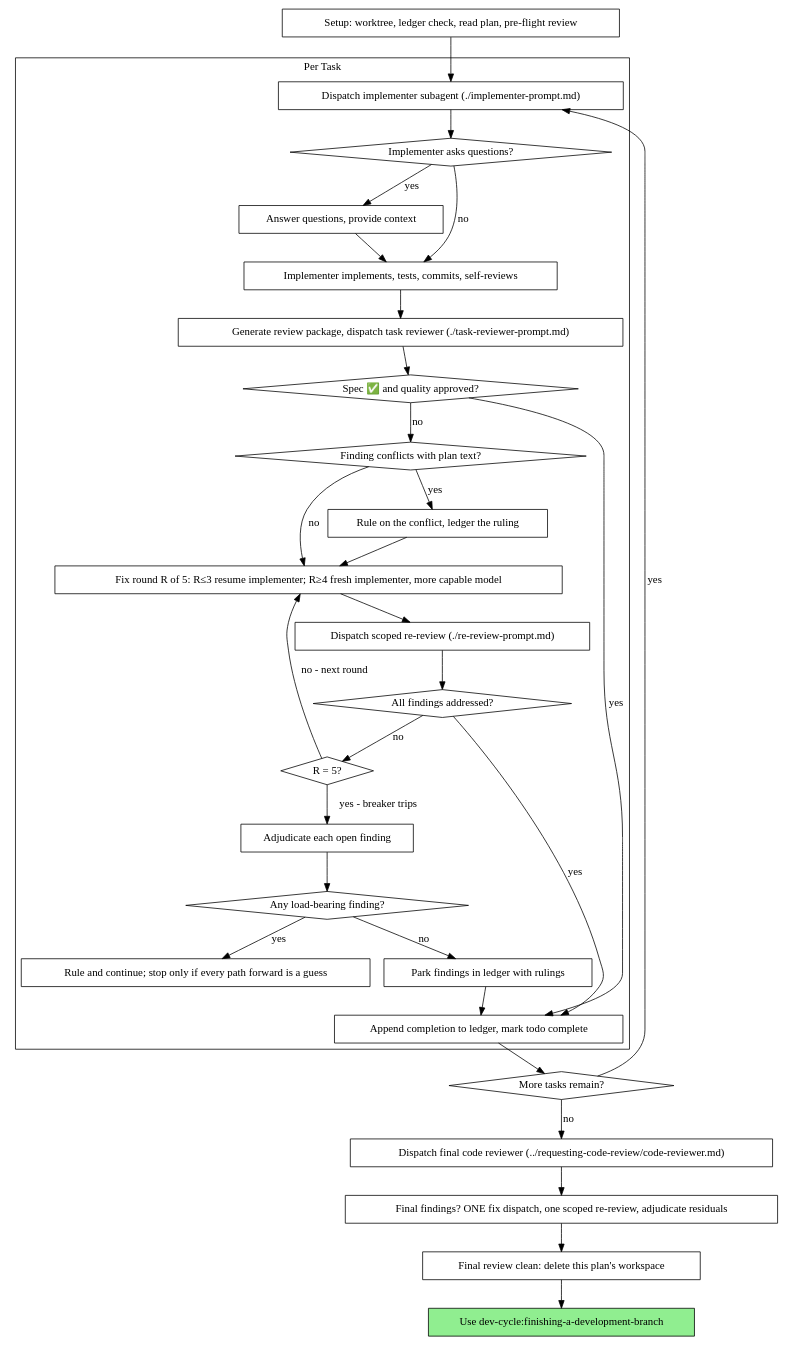
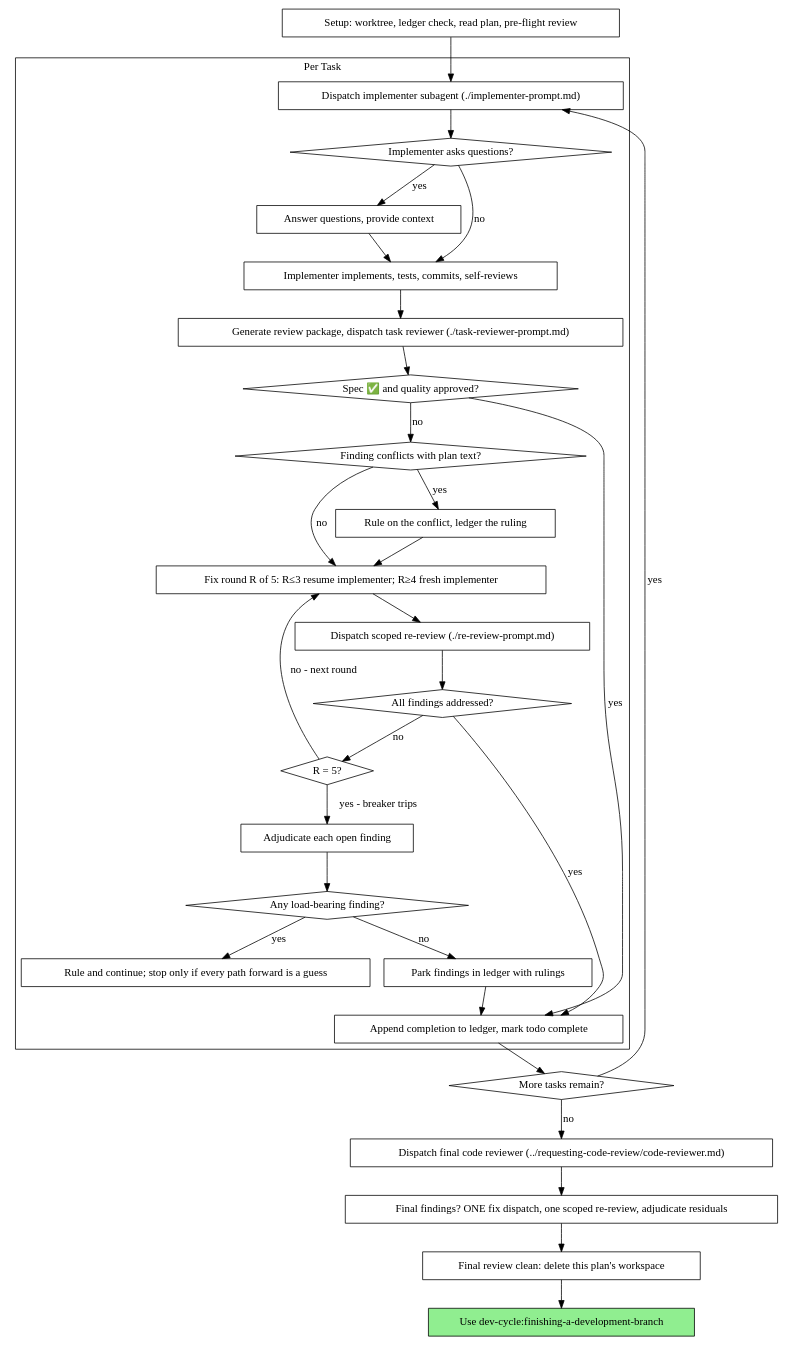
Before and after one commit to 0xSoliski/dev-cycle: the second of 2 diagrams in plugins/dev-cycle/skills/subagent-driven-development/SKILL.md, drawn with Graphviz. The commit also changed other lines of this file and 40 other files, not shown here.

````diff
--- a/plugins/dev-cycle/skills/subagent-driven-development/SKILL.md
+++ b/plugins/dev-cycle/skills/subagent-driven-development/SKILL.md
@@ -61,62 +61,62 @@
 ```dot
 digraph process {
     rankdir=TB;
 
     subgraph cluster_per_task {
         label="Per Task";
         "Dispatch implementer subagent (./implementer-prompt.md)" [shape=box];
         "Implementer asks questions?" [shape=diamond];
         "Answer questions, provide context" [shape=box];
         "Implementer implements, tests, commits, self-reviews" [shape=box];
         "Generate review package, dispatch task reviewer (./task-reviewer-prompt.md)" [shape=box];
         "Spec ✅ and quality approved?" [shape=diamond];
         "Finding conflicts with plan text?" [shape=diamond];
         "Rule on the conflict, ledger the ruling" [shape=box];
-        "Fix round R of 5: R≤3 resume implementer; R≥4 fresh implementer, more capable model" [shape=box];
+        "Fix round R of 5: R≤3 resume implementer; R≥4 fresh implementer" [shape=box];
         "Dispatch scoped re-review (./re-review-prompt.md)" [shape=box];
         "All findings addressed?" [shape=diamond];
         "R = 5?" [shape=diamond];
         "Adjudicate each open finding" [shape=box];
         "Any load-bearing finding?" [shape=diamond];
         "Rule and continue; stop only if every path forward is a guess" [shape=box];
         "Park findings in ledger with rulings" [shape=box];
         "Append completion to ledger, mark todo complete" [shape=box];
     }
 
     "Setup: worktree, ledger check, read plan, pre-flight review" [shape=box];
     "More tasks remain?" [shape=diamond];
     "Dispatch final code reviewer (../requesting-code-review/code-reviewer.md)" [shape=box];
     "Final findings? ONE fix dispatch, one scoped re-review, adjudicate residuals" [shape=box];
     "Final review clean: delete this plan's workspace" [shape=box];
     "Use dev-cycle:finishing-a-development-branch" [shape=box style=filled fillcolor=lightgreen];
 
     "Setup: worktree, ledger check, read plan, pre-flight review" -> "Dispatch implementer subagent (./implementer-prompt.md)";
     "Dispatch implementer subagent (./implementer-prompt.md)" -> "Implementer asks questions?";
     "Implementer asks questions?" -> "Answer questions, provide context" [label="yes"];
     "Answer questions, provide context" -> "Implementer implements, tests, commits, self-reviews";
     "Implementer asks questions?" -> "Implementer implements, tests, commits, self-reviews" [label="no"];
     "Implementer implements, tests, commits, self-reviews" -> "Generate review package, dispatch task reviewer (./task-reviewer-prompt.md)";
     "Generate review package, dispatch task reviewer (./task-reviewer-prompt.md)" -> "Spec ✅ and quality approved?";
     "Spec ✅ and quality approved?" -> "Append completion to ledger, mark todo complete" [label="yes"];
     "Spec ✅ and quality approved?" -> "Finding conflicts with plan text?" [label="no"];
     "Finding conflicts with plan text?" -> "Rule on the conflict, ledger the ruling" [label="yes"];
-    "Rule on the conflict, ledger the ruling" -> "Fix round R of 5: R≤3 resume implementer; R≥4 fresh implementer, more capable model";
-    "Finding conflicts with plan text?" -> "Fix round R of 5: R≤3 resume implementer; R≥4 fresh implementer, more capable model" [label="no"];
-    "Fix round R of 5: R≤3 resume implementer; R≥4 fresh implementer, more capable model" -> "Dispatch scoped re-review (./re-review-prompt.md)";
+    "Rule on the conflict, ledger the ruling" -> "Fix round R of 5: R≤3 resume implementer; R≥4 fresh implementer";
+    "Finding conflicts with plan text?" -> "Fix round R of 5: R≤3 resume implementer; R≥4 fresh implementer" [label="no"];
+    "Fix round R of 5: R≤3 resume implementer; R≥4 fresh implementer" -> "Dispatch scoped re-review (./re-review-prompt.md)";
     "Dispatch scoped re-review (./re-review-prompt.md)" -> "All findings addressed?";
     "All findings addressed?" -> "Append completion to ledger, mark todo complete" [label="yes"];
     "All findings addressed?" -> "R = 5?" [label="no"];
-    "R = 5?" -> "Fix round R of 5: R≤3 resume implementer; R≥4 fresh implementer, more capable model" [label="no - next round"];
+    "R = 5?" -> "Fix round R of 5: R≤3 resume implementer; R≥4 fresh implementer" [label="no - next round"];
     "R = 5?" -> "Adjudicate each open finding" [label="yes - breaker trips"];
     "Adjudicate each open finding" -> "Any load-bearing finding?";
     "Any load-bearing finding?" -> "Rule and continue; stop only if every path forward is a guess" [label="yes"];
     "Any load-bearing finding?" -> "Park findings in ledger with rulings" [label="no"];
     "Park findings in ledger with rulings" -> "Append completion to ledger, mark todo complete";
     "Append completion to ledger, mark todo complete" -> "More tasks remain?";
     "More tasks remain?" -> "Dispatch implementer subagent (./implementer-prompt.md)" [label="yes"];
     "More tasks remain?" -> "Dispatch final code reviewer (../requesting-code-review/code-reviewer.md)" [label="no"];
     "Dispatch final code reviewer (../requesting-code-review/code-reviewer.md)" -> "Final findings? ONE fix dispatch, one scoped re-review, adjudicate residuals";
     "Final findings? ONE fix dispatch, one scoped re-review, adjudicate residuals" -> "Final review clean: delete this plan's workspace";
     "Final review clean: delete this plan's workspace" -> "Use dev-cycle:finishing-a-development-branch";
 }
 ```
````
